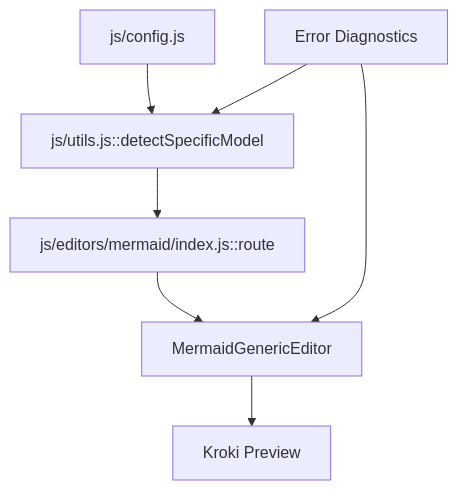
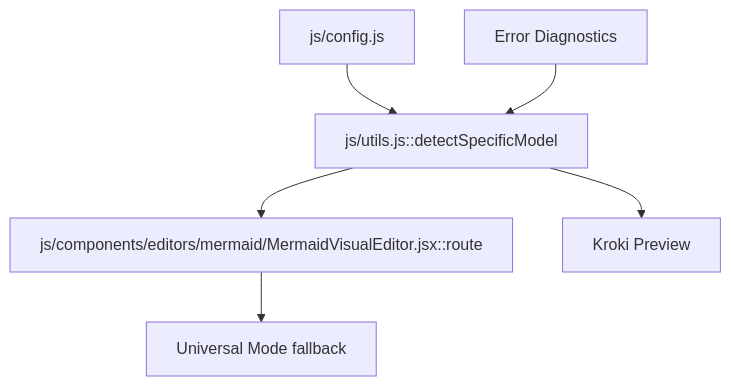
Before and after one commit to ongchonghian/universal-diagram-editor: the sixth of 6 diagrams in .qoder/repowiki/en/content/Diagram Types and Formats/Mermaid Diagrams/Entity Relationship Diagrams.md, drawn with Mermaid. The commit also changed other lines of this file and 31 other files, not shown here.

````diff
--- a/.qoder/repowiki/en/content/Diagram Types and Formats/Mermaid Diagrams/Entity Relationship Diagrams.md
+++ b/.qoder/repowiki/en/content/Diagram Types and Formats/Mermaid Diagrams/Entity Relationship Diagrams.md
@@ -226,9 +209,8 @@
 ```mermaid
 graph TB
 CFG["js/config.js"] --> DET["js/utils.js::detectSpecificModel"]
-DET --> ROUTE["js/editors/mermaid/index.js::route"]
-ROUTE --> GEN["MermaidGenericEditor"]
-GEN --> KRO["Kroki Preview"]
+DET --> ROUTE["js/components/editors/mermaid/MermaidVisualEditor.jsx::route"]
+ROUTE --> GEN["Universal Mode fallback"]
+DET --> KRO["Kroki Preview"]
 DIAG["Error Diagnostics"] --> DET
-DIAG --> GEN
 ```
````
